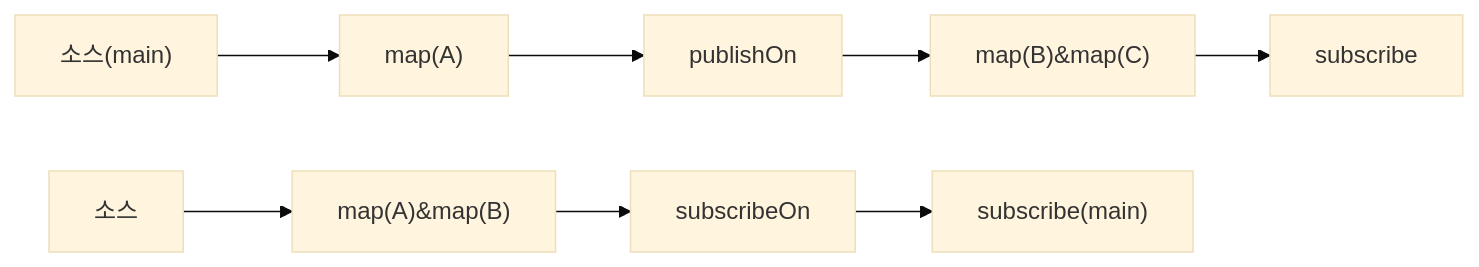
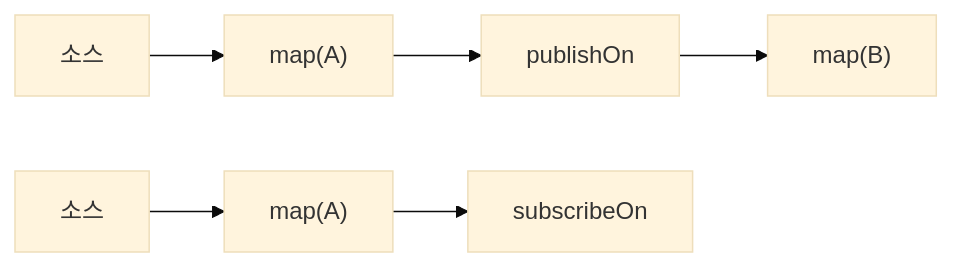
One commit to yjkim2015/yjkim2015.github.io changed the seventh of 9 diagrams in _posts/spring/2026-05-01-spring-webflux.md. Above: the diagram before and after it, drawn with Mermaid (base theme). The commit also changed other lines of this file and 163 other files, not shown here.

First line of the commit message:
Mermaid 300개 블록 내용 축소: 5노드 5엣지 이하, 의미 있는 약어

````diff
--- a/_posts/spring/2026-05-01-spring-webflux.md
+++ b/_posts/spring/2026-05-01-spring-webflux.md
@@ -436,7 +435,8 @@
 ```mermaid
 graph LR
-    PA["소스(main)"] --> PB["map(A)"] --> PC["publishOn"]
-    PC --> PD["map(B)&map(C)"] --> PF[subscribe]
-    SA["소스"] --> SB["map(A)&map(B)"] --> SD["subscribeOn"]
-    SD --> SE["subscribe(main)"]
+    PA["소스"] --> PB["map(A)"]
+    PB --> PC["publishOn"]
+    PC --> PD["map(B)"]
+    SA["소스"] --> SB["map(A)"]
+    SB --> SD["subscribeOn"]
 ```
````
